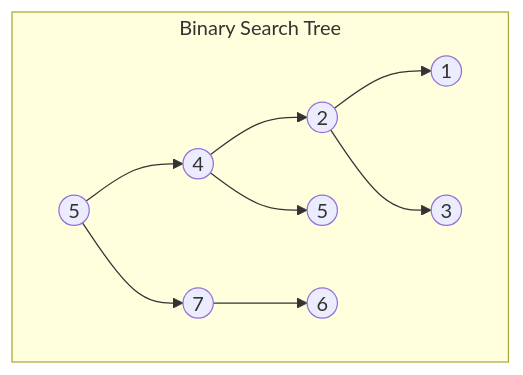
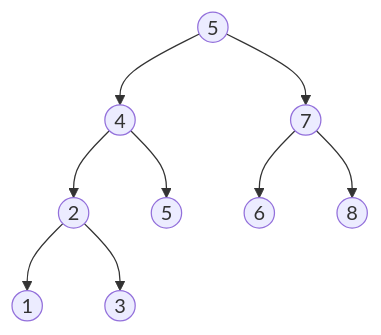
Before and after one commit to MariaChrysafis/MariaChrysafis.github.io: the diagram in _posts/2022-11-7-p2.md, drawn with Mermaid. The commit also changed other lines of this file and 3 other files, not shown here.

```diff
--- a/_posts/2022-11-7-p2.md
+++ b/_posts/2022-11-7-p2.md
@@ -13,12 +21,11 @@
 <div class="mermaid" align="center">
 graph TB;
-  subgraph Binary Search Tree
     A((5))-->B((4))
     A-->C((7));
     B-->E((2))
     E-->P((1))
     E-->Q((3))
     B-->F((5))
     C-->H((6))
-  end
+    C-->R((8))
 </div>
```
